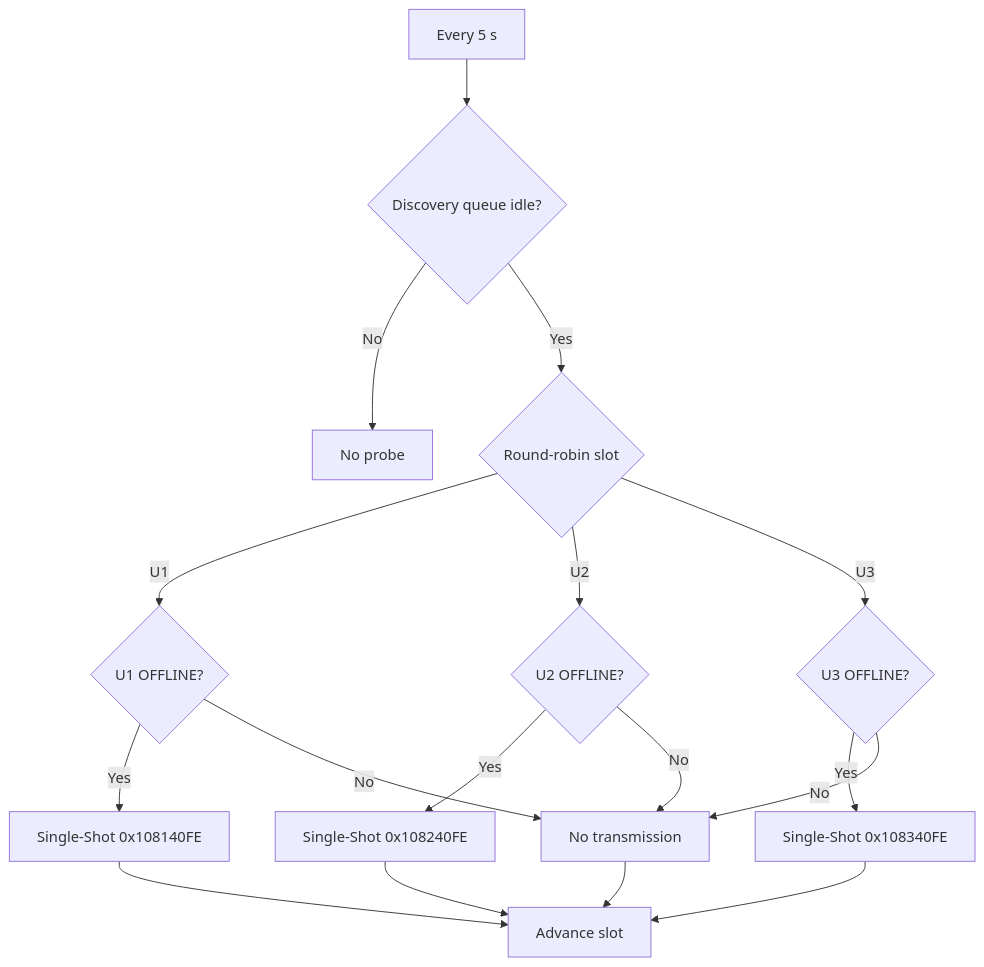
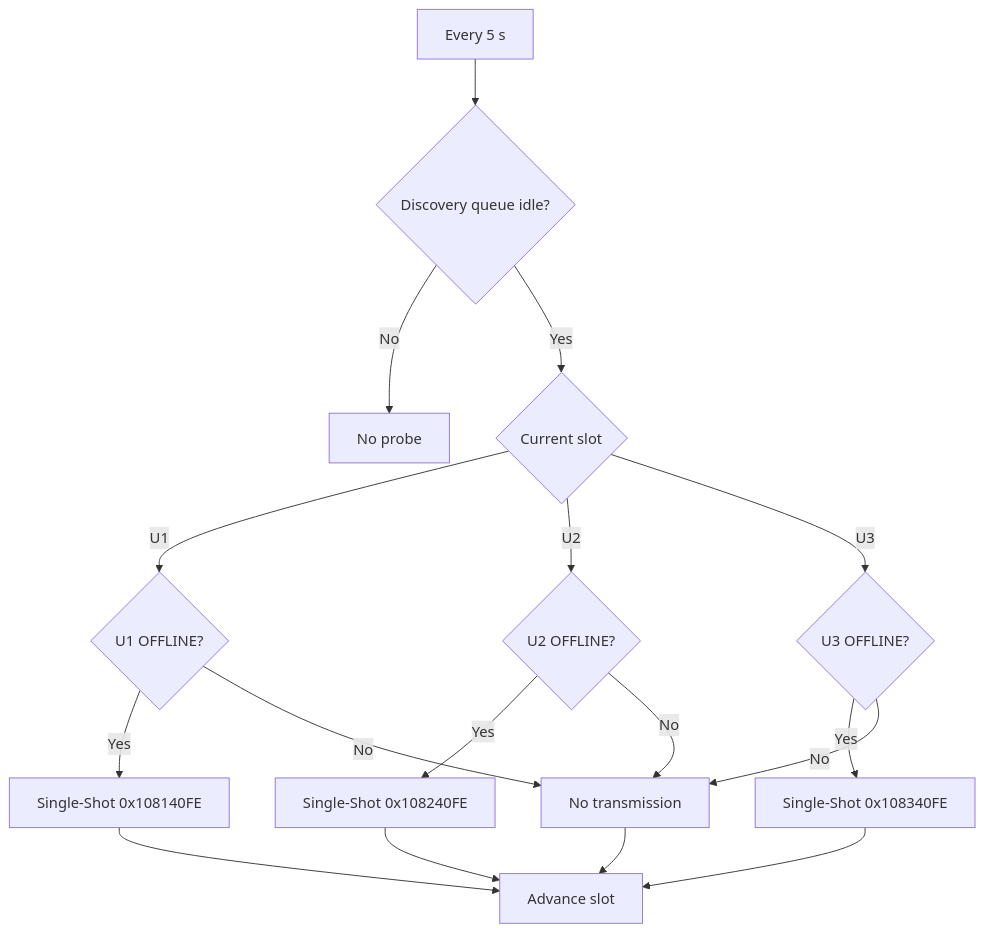
Before and after one commit to anwa/esphome-r4875g1-3phase-charger: the sixth of 20 diagrams in R4875G1_CONTROL_FLOWS.md, drawn with Mermaid. The commit also changed other lines of this file, not shown here.

````diff
--- a/R4875G1_CONTROL_FLOWS.md
+++ b/R4875G1_CONTROL_FLOWS.md
@@ -244,23 +205,19 @@
 ```mermaid
 flowchart TD
     A[Every 5 s] --> B{Discovery queue idle?}
     B -- No --> X[No probe]
-    B -- Yes --> C{Round-robin slot}
-
+    B -- Yes --> C{Current slot}
     C -- U1 --> D{U1 OFFLINE?}
     C -- U2 --> E{U2 OFFLINE?}
     C -- U3 --> F{U3 OFFLINE?}
-
     D -- Yes --> Q1[Single-Shot 0x108140FE]
     E -- Yes --> Q2[Single-Shot 0x108240FE]
     F -- Yes --> Q3[Single-Shot 0x108340FE]
-
     D -- No --> N[No transmission]
     E -- No --> N
     F -- No --> N
-
     Q1 --> A2[Advance slot]
     Q2 --> A2
     Q3 --> A2
     N --> A2
 ```
````
